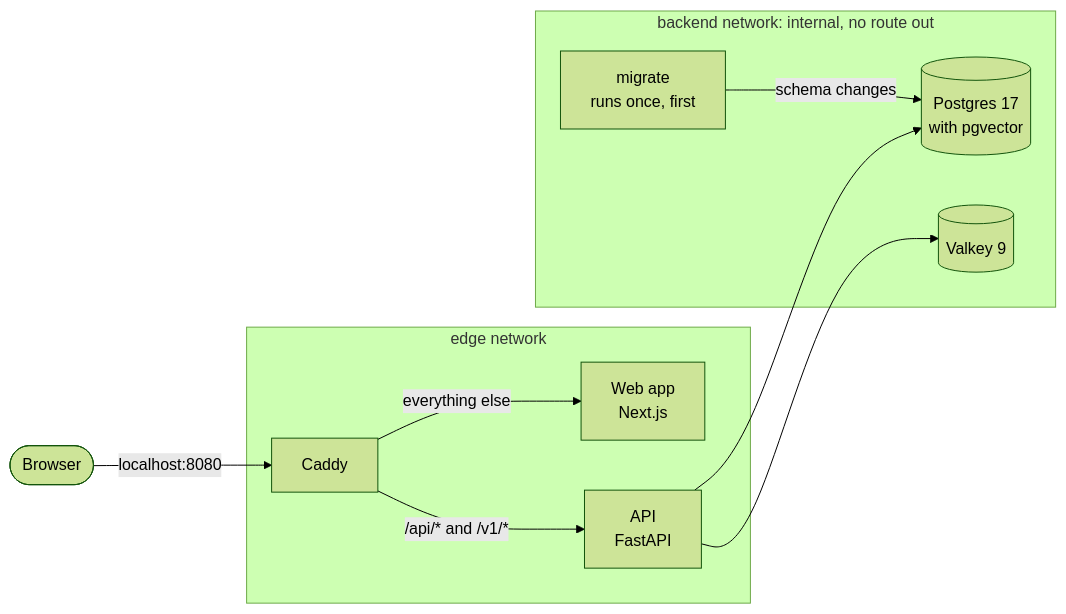
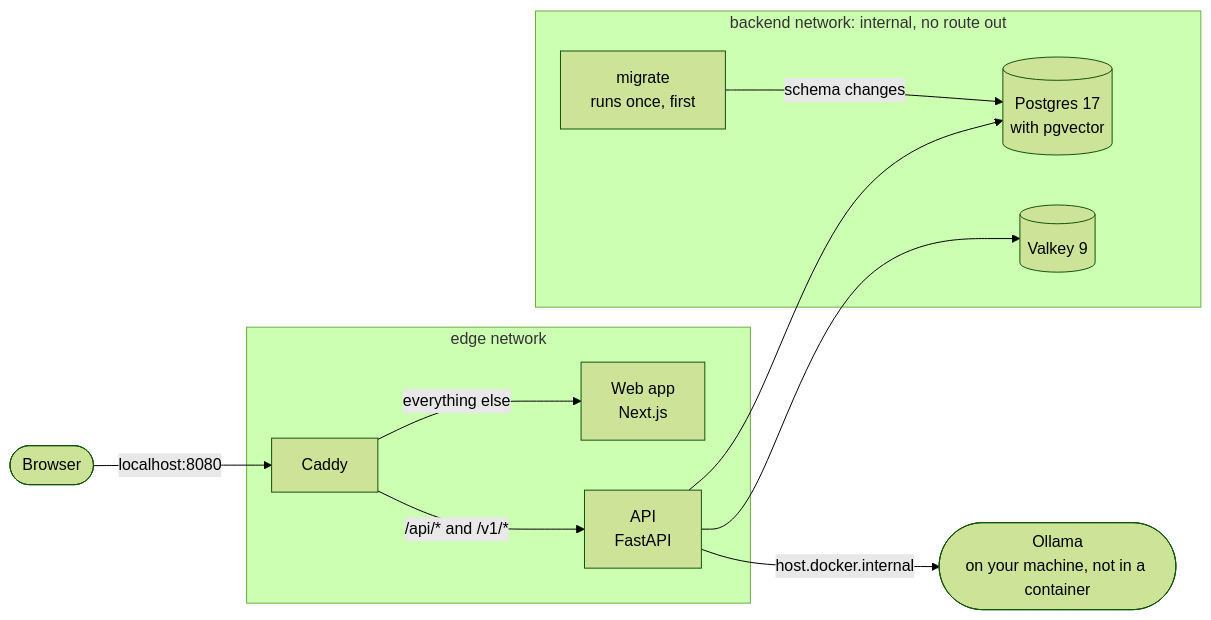
Before and after one commit to fatihrime/actio: the diagram in docs/architecture.md, drawn with Mermaid (forest theme). The commit also changed other lines of this file and 25 other files, not shown here.

````diff
--- a/docs/architecture.md
+++ b/docs/architecture.md
@@ -7,19 +7,21 @@
 ```mermaid
 flowchart LR
     browser([Browser]) -->|"localhost:8080"| caddy
     subgraph edge ["edge network"]
         caddy["Caddy"]
         web["Web app<br>Next.js"]
         api["API<br>FastAPI"]
     end
     subgraph backend ["backend network: internal, no route out"]
         migrate["migrate<br>runs once, first"]
         postgres[("Postgres 17<br>with pgvector")]
         valkey[("Valkey 9")]
     end
+    ollama(["Ollama<br>on your machine, not in a container"])
     caddy -->|"/api/* and /v1/*"| api
     caddy -->|"everything else"| web
     migrate -->|"schema changes"| postgres
     api --> postgres
     api --> valkey
+    api -->|"host.docker.internal"| ollama
 ```
````
